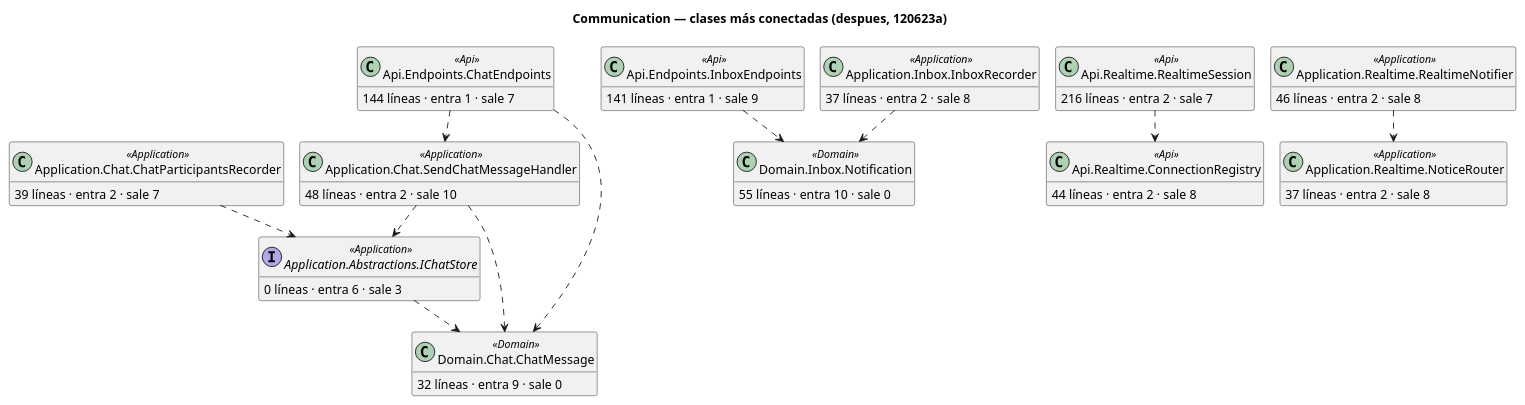
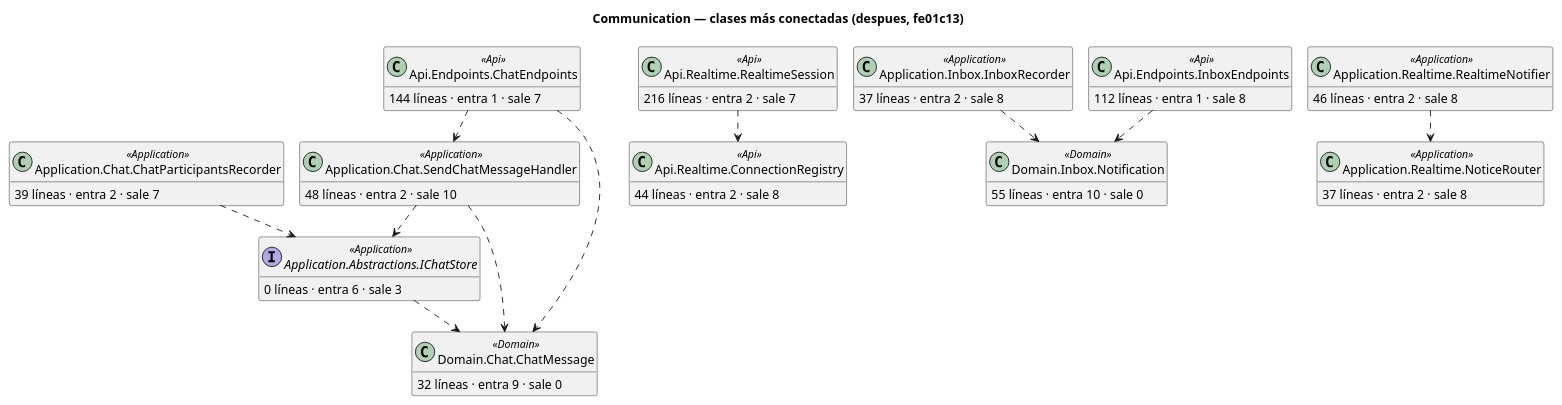
Before and after one commit to ARQUI-202630/quickpatch: the diagram in docs/architecture/codigo/despues/communication/clases-centrales.puml, drawn with PlantUML. The commit also changed 36 other files, not shown here.

```diff
--- a/docs/architecture/codigo/despues/communication/clases-centrales.puml
+++ b/docs/architecture/codigo/despues/communication/clases-centrales.puml
@@ -1,52 +1,52 @@
 @startuml
 !pragma layout smetana
-title Communication — clases más conectadas (despues, 120623a)
+title Communication — clases más conectadas (despues, fe01c13)
 hide empty members
 skinparam shadowing false
 class "Application.Chat.SendChatMessageHandler" as QuickPatch_Communication_Application_Chat_SendChatMessageHandler <<Application>> {
   48 líneas · entra 2 · sale 10
-}
-class "Api.Endpoints.InboxEndpoints" as QuickPatch_Communication_Api_Endpoints_InboxEndpoints <<Api>> {
-  141 líneas · entra 1 · sale 9
 }
 class "Api.Realtime.ConnectionRegistry" as QuickPatch_Communication_Api_Realtime_ConnectionRegistry <<Api>> {
   44 líneas · entra 2 · sale 8
 }
 class "Application.Inbox.InboxRecorder" as QuickPatch_Communication_Application_Inbox_InboxRecorder <<Application>> {
   37 líneas · entra 2 · sale 8
 }
 class "Application.Realtime.NoticeRouter" as QuickPatch_Communication_Application_Realtime_NoticeRouter <<Application>> {
   37 líneas · entra 2 · sale 8
 }
 class "Application.Realtime.RealtimeNotifier" as QuickPatch_Communication_Application_Realtime_RealtimeNotifier <<Application>> {
   46 líneas · entra 2 · sale 8
 }
 class "Domain.Inbox.Notification" as QuickPatch_Communication_Domain_Inbox_Notification <<Domain>> {
   55 líneas · entra 10 · sale 0
+}
+class "Api.Endpoints.InboxEndpoints" as QuickPatch_Communication_Api_Endpoints_InboxEndpoints <<Api>> {
+  112 líneas · entra 1 · sale 8
 }
 class "Api.Realtime.RealtimeSession" as QuickPatch_Communication_Api_Realtime_RealtimeSession <<Api>> {
   216 líneas · entra 2 · sale 7
 }
 class "Application.Chat.ChatParticipantsRecorder" as QuickPatch_Communication_Application_Chat_ChatParticipantsRecorder <<Application>> {
   39 líneas · entra 2 · sale 7
 }
 class "Domain.Chat.ChatMessage" as QuickPatch_Communication_Domain_Chat_ChatMessage <<Domain>> {
   32 líneas · entra 9 · sale 0
 }
 interface "Application.Abstractions.IChatStore" as QuickPatch_Communication_Application_Abstractions_IChatStore <<Application>> {
   0 líneas · entra 6 · sale 3
 }
 class "Api.Endpoints.ChatEndpoints" as QuickPatch_Communication_Api_Endpoints_ChatEndpoints <<Api>> {
   144 líneas · entra 1 · sale 7
 }
 QuickPatch_Communication_Api_Endpoints_ChatEndpoints ..> QuickPatch_Communication_Application_Chat_SendChatMessageHandler
 QuickPatch_Communication_Api_Endpoints_ChatEndpoints ..> QuickPatch_Communication_Domain_Chat_ChatMessage
 QuickPatch_Communication_Api_Endpoints_InboxEndpoints ..> QuickPatch_Communication_Domain_Inbox_Notification
 QuickPatch_Communication_Api_Realtime_RealtimeSession ..> QuickPatch_Communication_Api_Realtime_ConnectionRegistry
 QuickPatch_Communication_Application_Abstractions_IChatStore ..> QuickPatch_Communication_Domain_Chat_ChatMessage
 QuickPatch_Communication_Application_Chat_ChatParticipantsRecorder ..> QuickPatch_Communication_Application_Abstractions_IChatStore
 QuickPatch_Communication_Application_Chat_SendChatMessageHandler ..> QuickPatch_Communication_Application_Abstractions_IChatStore
 QuickPatch_Communication_Application_Chat_SendChatMessageHandler ..> QuickPatch_Communication_Domain_Chat_ChatMessage
 QuickPatch_Communication_Application_Inbox_InboxRecorder ..> QuickPatch_Communication_Domain_Inbox_Notification
 QuickPatch_Communication_Application_Realtime_RealtimeNotifier ..> QuickPatch_Communication_Application_Realtime_NoticeRouter
 @enduml
```
